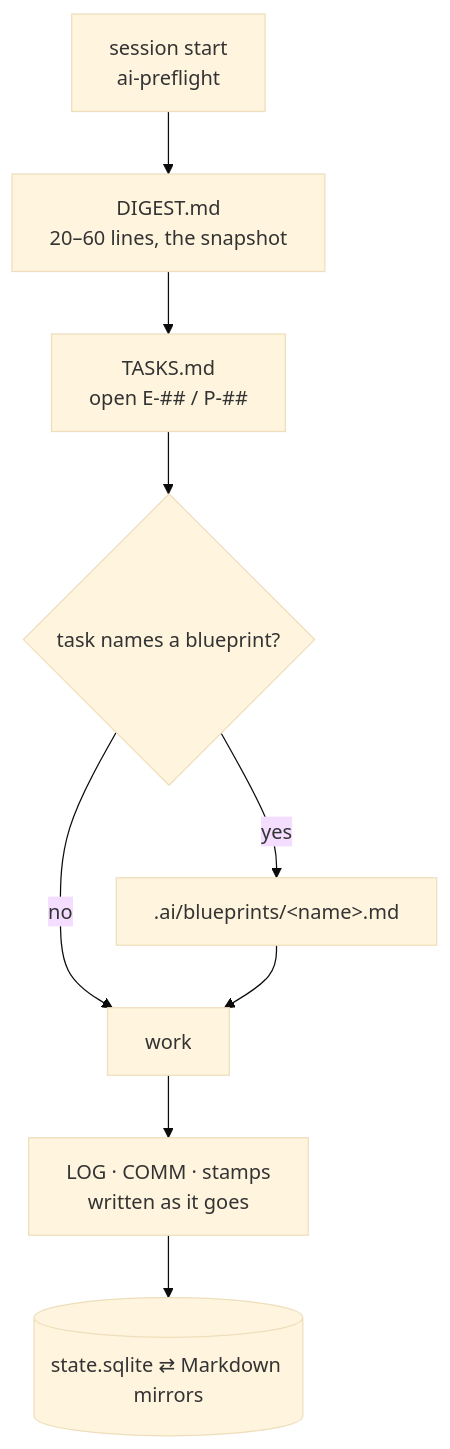
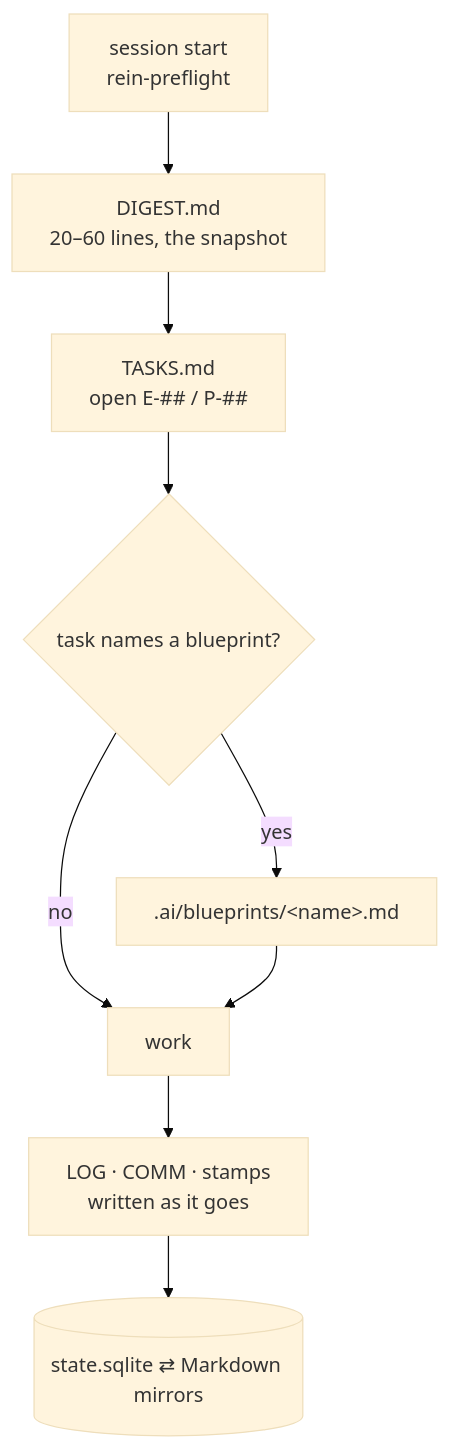
The second of 4 diagrams in .ai/blueprints/readme.md (Vimurai/rein), drawn with Mermaid (base theme) before and after one commit. The commit also changed other lines of this file and 49 other files, not shown here.

First line of the commit message:
[TIER_3] docs(.ai): E-391 the command and skill names in the live blueprints and architect.md (D-132 addendum 2 r7)

````diff
--- a/.ai/blueprints/readme.md
+++ b/.ai/blueprints/readme.md
@@ -81,11 +81,11 @@
 ```mermaid
 flowchart TD
-    S["session start<br/>ai-preflight"] --> D["DIGEST.md<br/>20–60 lines, the snapshot"]
+    S["session start<br/>rein-preflight"] --> D["DIGEST.md<br/>20–60 lines, the snapshot"]
     D --> T["TASKS.md<br/>open E-## / P-##"]
     T --> B{"task names a blueprint?"}
     B -->|yes| BP[".ai/blueprints/&lt;name&gt;.md"]
     B -->|no| W["work"]
     BP --> W
     W --> L["LOG · COMM · stamps<br/>written as it goes"]
     L --> M[("state.sqlite ⇄ Markdown mirrors")]
 ```
````
